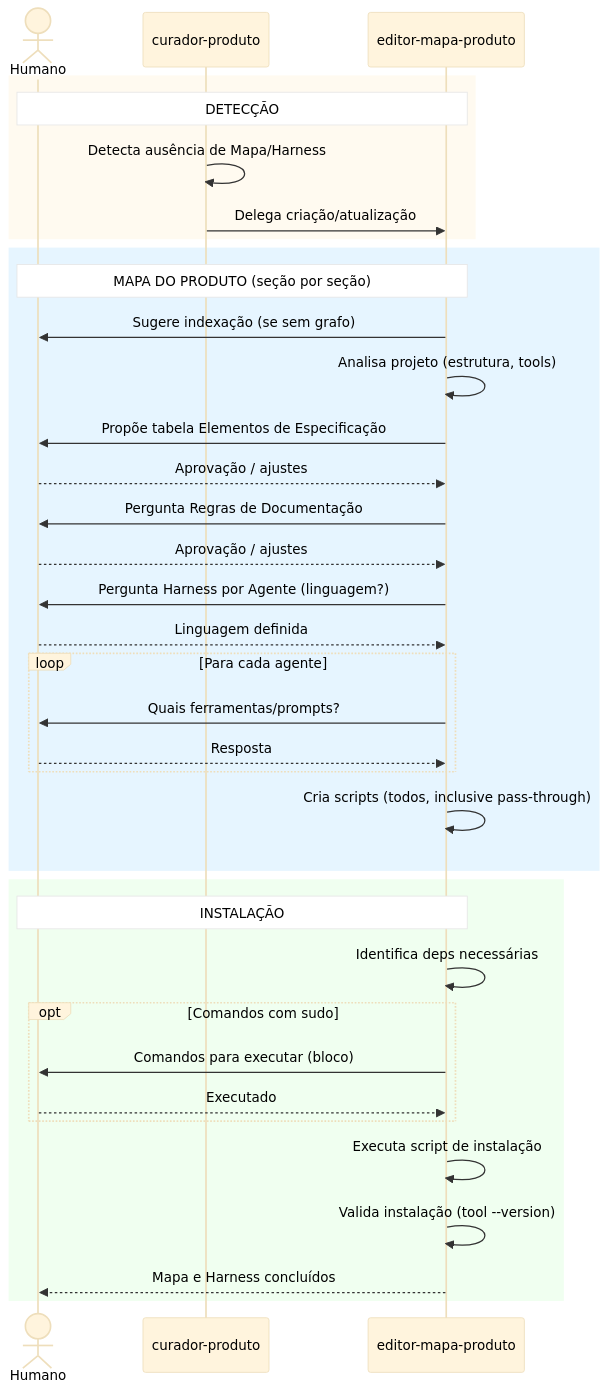
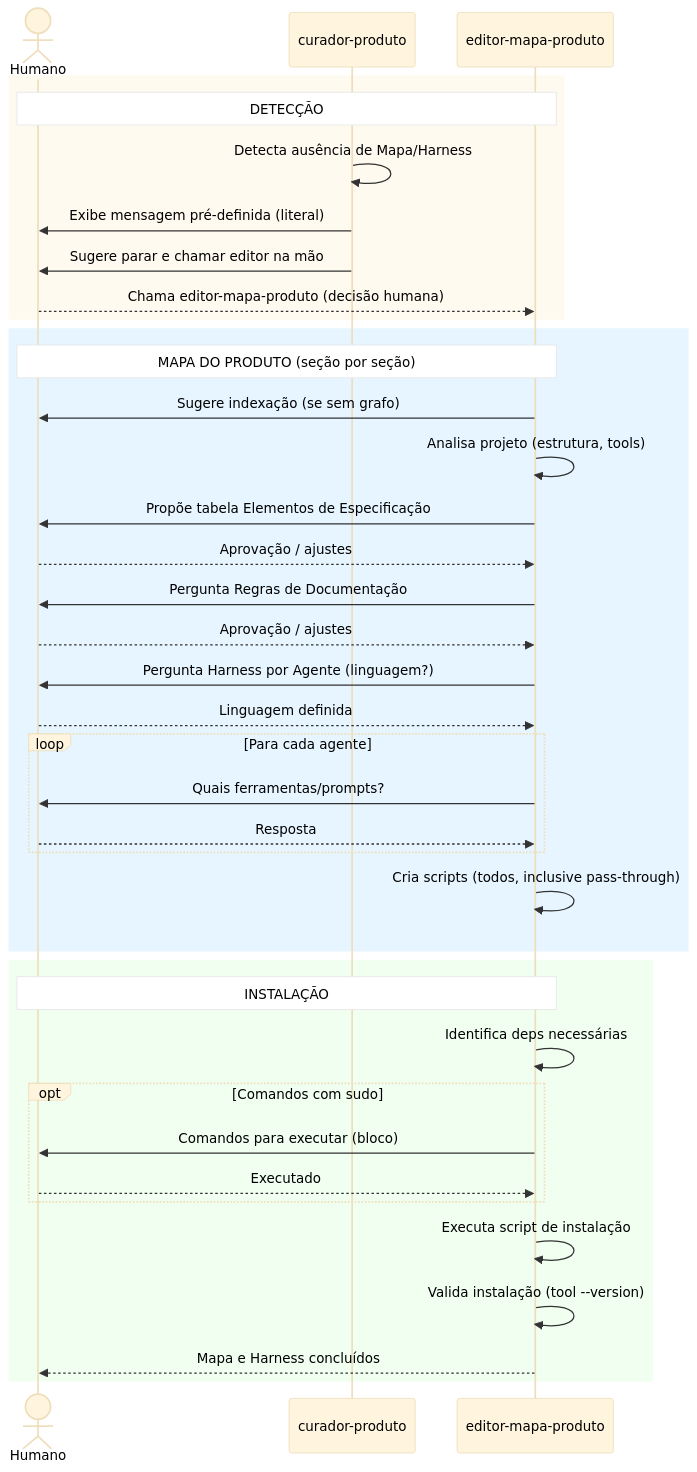
One commit to vitormcruz/opencode-global-config changed the diagram in docs/workflow-curadoria.md. Above: the diagram before and after it, drawn with Mermaid. The commit also changed other lines of this file and 10 other files, not shown here.

````diff
--- a/docs/workflow-curadoria.md
+++ b/docs/workflow-curadoria.md
@@ -314,50 +330,52 @@
 ```mermaid
 %%{init: {'theme': 'base', 'themeVariables': {
     'actorTextColor': '#000000',
     'signalTextColor': '#000000',
     'labelTextColor': '#000000',
     'noteBkgColor': '#ffffff',
     'noteTextColor': '#000000',
     'activationBorderColor': '#666666',
     'sequenceNumberColor': '#000000'
 }}}%%
 sequenceDiagram
     actor Humano
     participant cur as curador-produto
     participant edit as editor-mapa-produto
 
     rect rgb(255, 250, 240)
     Note over Humano, edit: DETECÇÃO
     cur ->> cur: Detecta ausência de Mapa/Harness
-    cur ->> edit: Delega criação/atualização
+    cur ->> Humano: Exibe mensagem pré-definida (literal)
+    cur ->> Humano: Sugere parar e chamar editor na mão
+    Humano -->> edit: Chama editor-mapa-produto (decisão humana)
     end
 
     rect rgb(230, 245, 255)
     Note over Humano, edit: MAPA DO PRODUTO (seção por seção)
     edit ->> Humano: Sugere indexação (se sem grafo)
     edit ->> edit: Analisa projeto (estrutura, tools)
     edit ->> Humano: Propõe tabela Elementos de Especificação
     Humano -->> edit: Aprovação / ajustes
     edit ->> Humano: Pergunta Regras de Documentação
     Humano -->> edit: Aprovação / ajustes
     edit ->> Humano: Pergunta Harness por Agente (linguagem?)
     Humano -->> edit: Linguagem definida
     loop Para cada agente
         edit ->> Humano: Quais ferramentas/prompts?
         Humano -->> edit: Resposta
     end
     edit ->> edit: Cria scripts (todos, inclusive pass-through)
     end
 
     rect rgb(240, 255, 240)
     Note over Humano, edit: INSTALAÇÃO
     edit ->> edit: Identifica deps necessárias
     opt Comandos com sudo
         edit ->> Humano: Comandos para executar (bloco)
         Humano -->> edit: Executado
     end
     edit ->> edit: Executa script de instalação
     edit ->> edit: Valida instalação (tool --version)
     edit -->> Humano: Mapa e Harness concluídos
     end
 ```
````
